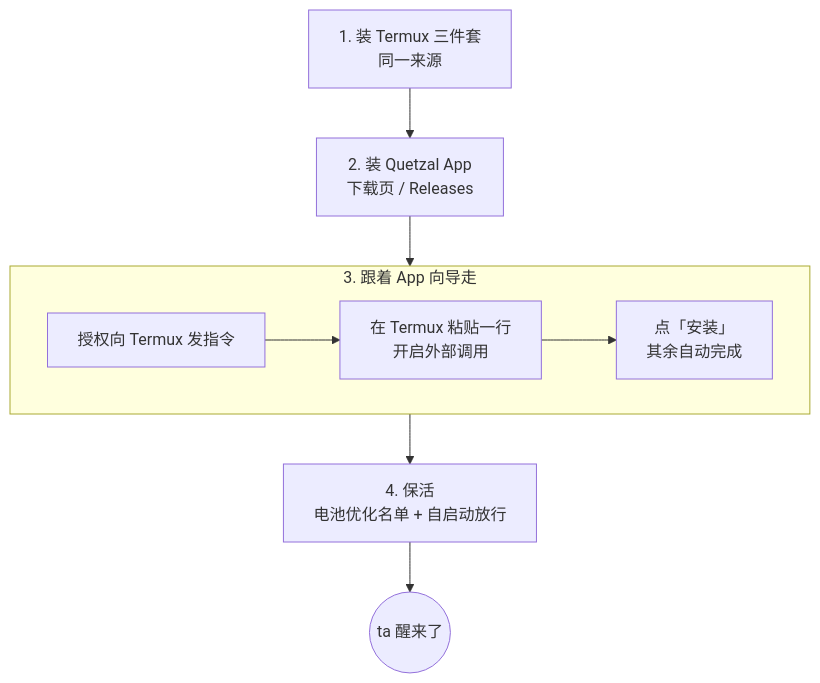
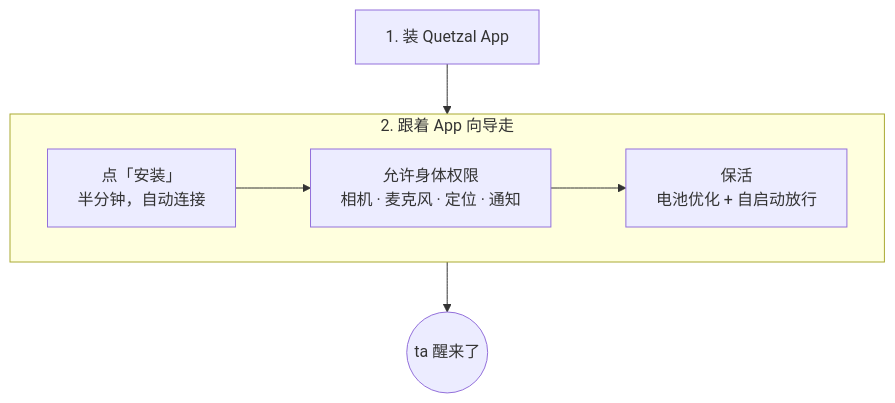
One commit to Causally-XYZ/Project.Quetzal changed the diagram in website/content/docs/zh/start/install.md. Above: the diagram before and after it, drawn with Mermaid. The commit also changed other lines of this file and 40 other files, not shown here.

Commit message:
文档与官网按「只装一个 App」更新：README、下载页（去掉 Termux 三件套一节，换成三步）、亮点页第 07 条、关于与条款、文档站安装 / 介绍 / 升级 / 排错 / 家目录 / 适配器 / 术语等（中英），模块文档（console 原生组件与构建步骤、runtime 适配器、身体接口说明、QUICK_START 与迁移方法）；CHANGELOG 新增「未发布」小节。须等新版 App 发布后再推送（官网下载的仍是 1.0.3）

````diff
--- a/website/content/docs/zh/start/install.md
+++ b/website/content/docs/zh/start/install.md
@@ -10,9 +10,9 @@
 ```mermaid
 flowchart TB
-  A["1. 装 Termux 三件套<br/>同一来源"] --> B["2. 装 Quetzal App<br/>下载页 / Releases"] --> C
-  subgraph C["3. 跟着 App 向导走"]
+  A["1. 装 Quetzal App"] --> C
+  subgraph C["2. 跟着 App 向导走"]
     direction LR
-    C1["授权向 Termux 发指令"] --> C2["在 Termux 粘贴一行<br/>开启外部调用"] --> C3["点「安装」<br/>其余自动完成"]
+    C1["点「安装」<br/>半分钟，自动连接"] --> C2["允许身体权限<br/>相机 · 麦克风 · 定位 · 通知"] --> C3["保活<br/>电池优化 + 自启动放行"]
   end
-  C --> D["4. 保活<br/>电池优化名单 + 自启动放行"] --> E(("ta 醒来了"))
+  C --> E(("ta 醒来了"))
 ```
````
